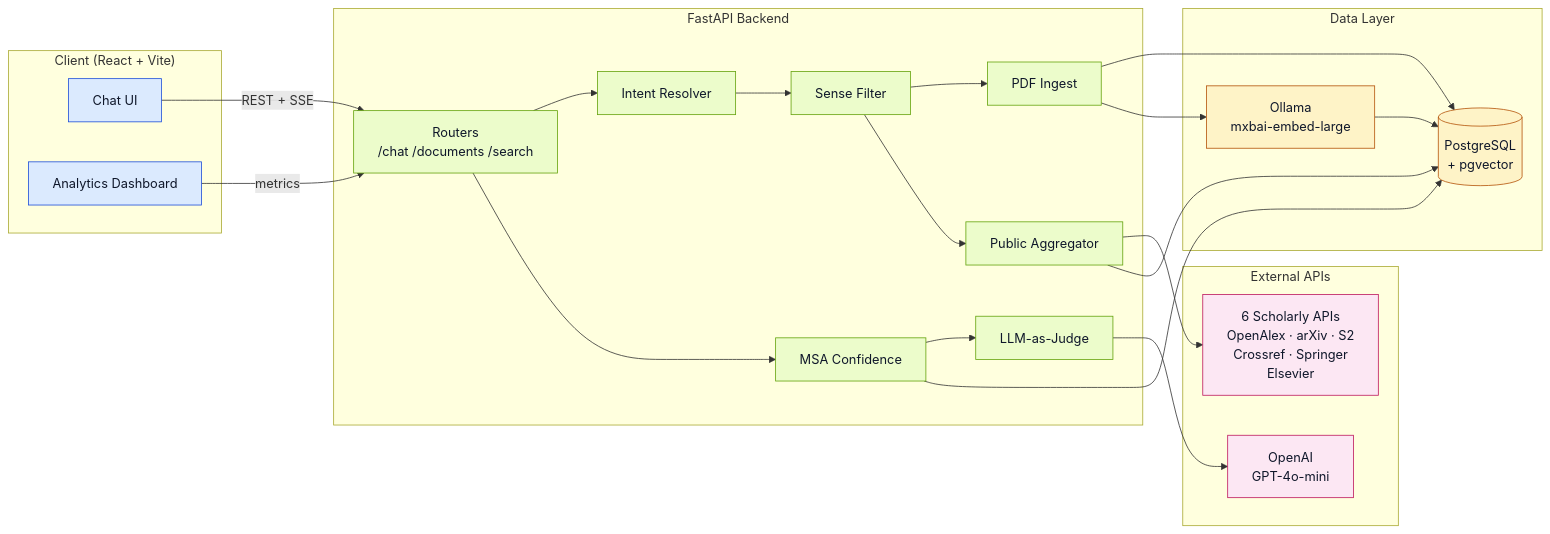
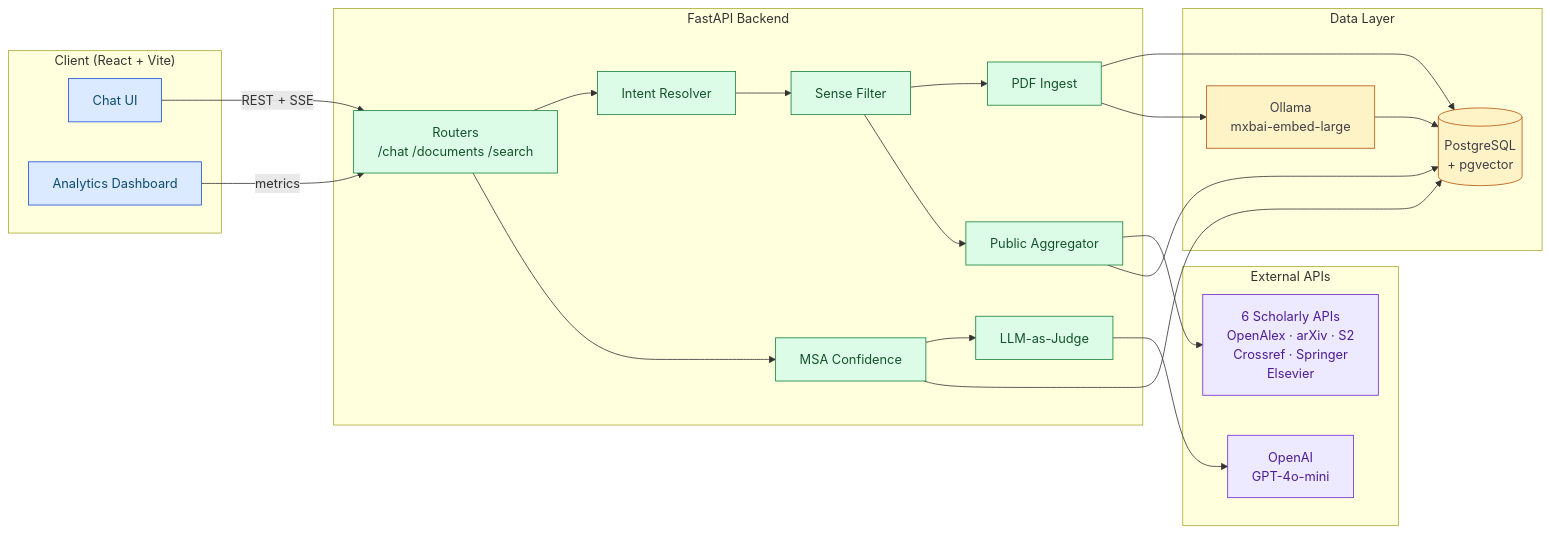
Before and after one commit to sushildalavi/sourcery: the first of 17 diagrams in README.md, drawn with Mermaid. The commit also changed other lines of this file, not shown here.

Commit message:
richer eval framework diagram + brand palette (no pink)

````diff
--- a/README.md
+++ b/README.md
@@ -36,49 +36,51 @@
 ```mermaid
 flowchart LR
     subgraph Client["Client (React + Vite)"]
         UI[Chat UI]
         AN[Analytics Dashboard]
     end
 
     subgraph API["FastAPI Backend"]
         ROUTE[Routers<br/>/chat /documents /search]
         IR[Intent Resolver]
         SR[Sense Filter]
         ING[PDF Ingest]
         AGG[Public Aggregator]
         CONF[MSA Confidence]
         JUDGE[LLM-as-Judge]
     end
 
     subgraph Data["Data Layer"]
         PG[(PostgreSQL<br/>+ pgvector)]
         OL[Ollama<br/>mxbai-embed-large]
     end
 
     subgraph External["External APIs"]
         OAI[OpenAI<br/>GPT-4o-mini]
         SCH[6 Scholarly APIs<br/>OpenAlex · arXiv · S2<br/>Crossref · Springer<br/>Elsevier]
     end
 
+    %% Brand palette: indigo (client) · emerald (api) · amber (data) · violet (external)
+
     UI -->|REST + SSE| ROUTE
     AN -->|metrics| ROUTE
     ROUTE --> IR --> SR
     SR --> ING & AGG
     ING --> PG
     AGG --> SCH
     AGG --> PG
     ROUTE --> CONF --> JUDGE
     CONF --> PG
     JUDGE --> OAI
     ING --> OL
     OL --> PG
 
-    classDef client fill:#dbeafe,stroke:#1d4ed8,color:#0f172a
-    classDef api fill:#ecfccb,stroke:#65a30d,color:#0f172a
-    classDef data fill:#fef3c7,stroke:#b45309,color:#0f172a
-    classDef ext fill:#fce7f3,stroke:#be185d,color:#0f172a
+    classDef client fill:#dbeafe,stroke:#1d4ed8,color:#0c4a6e
+    classDef api fill:#dcfce7,stroke:#15803d,color:#14532d
+    classDef data fill:#fef3c7,stroke:#b45309,color:#3f3f46
+    classDef ext fill:#ede9fe,stroke:#6d28d9,color:#4c1d95
     class UI,AN client
     class ROUTE,IR,SR,ING,AGG,CONF,JUDGE api
     class PG,OL data
     class OAI,SCH ext
 ```
````
